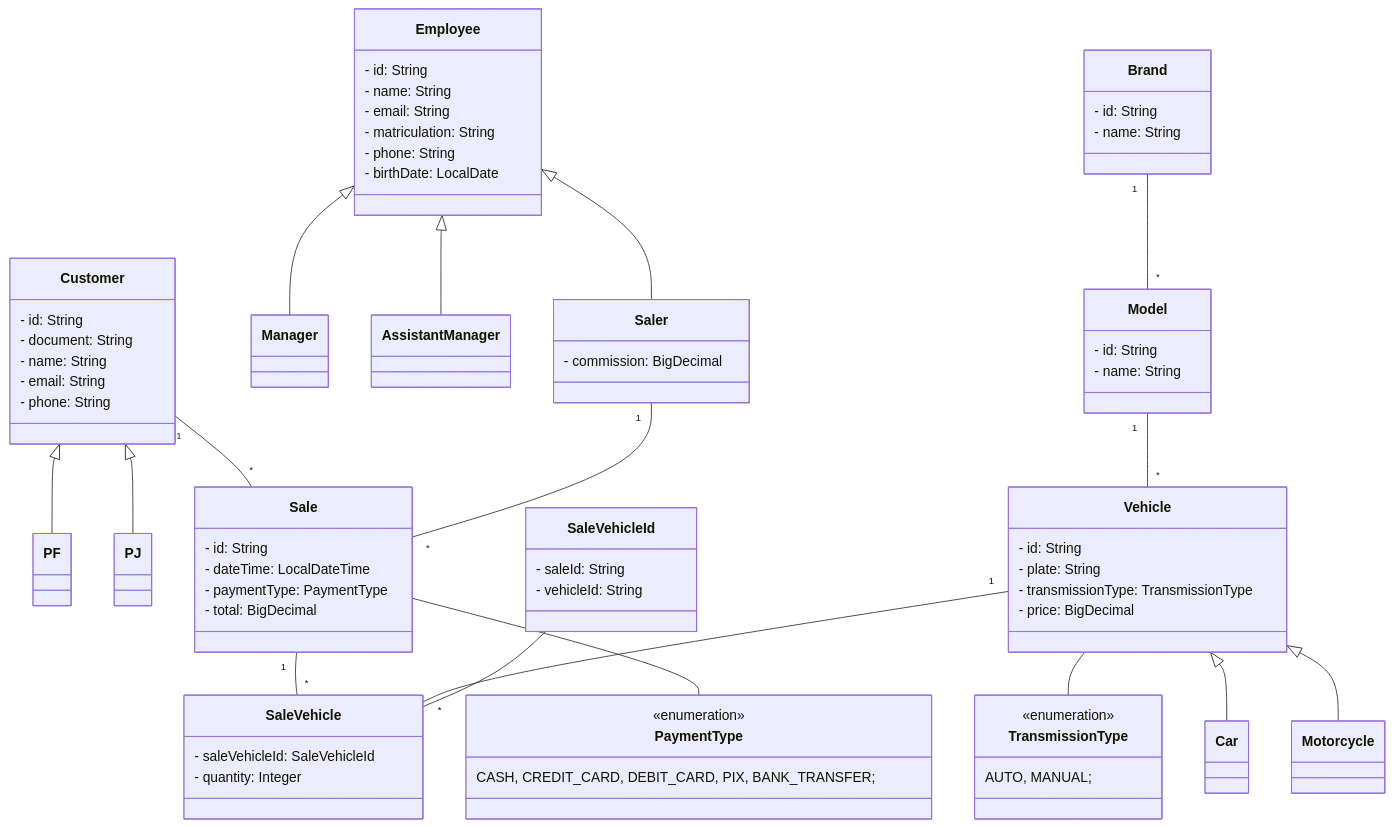
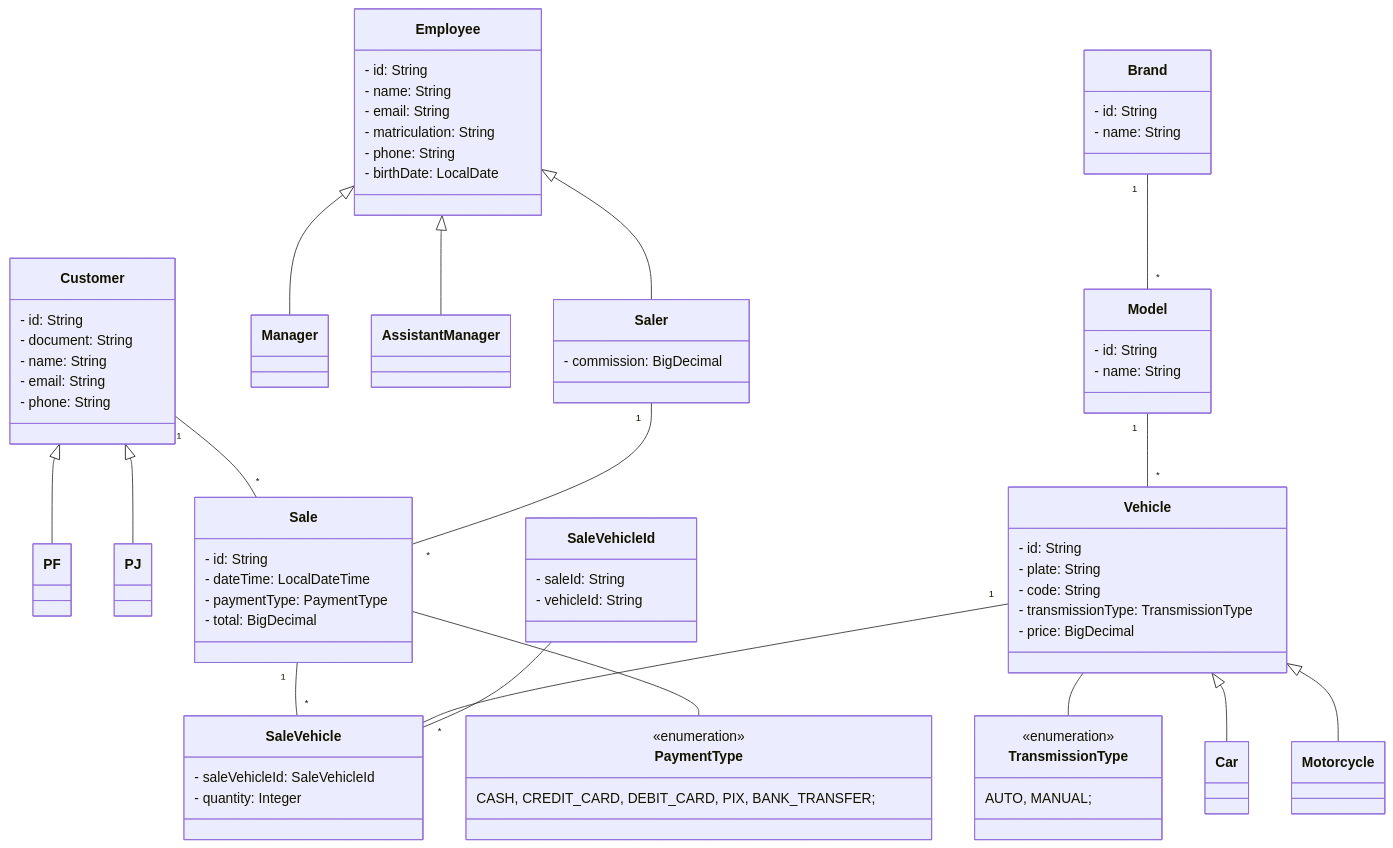
Before and after one commit to abnerjosefelixbarbosa/auto-mendes: the diagram in README.md, drawn with Mermaid.

Commit message:
Atualizando README.md

```diff
--- a/README.md
+++ b/README.md
@@ -61,6 +61,7 @@
     class Vehicle {
         - id: String
         - plate: String
+        - code: String
         - transmissionType: TransmissionType
         - price: BigDecimal
     }
```
